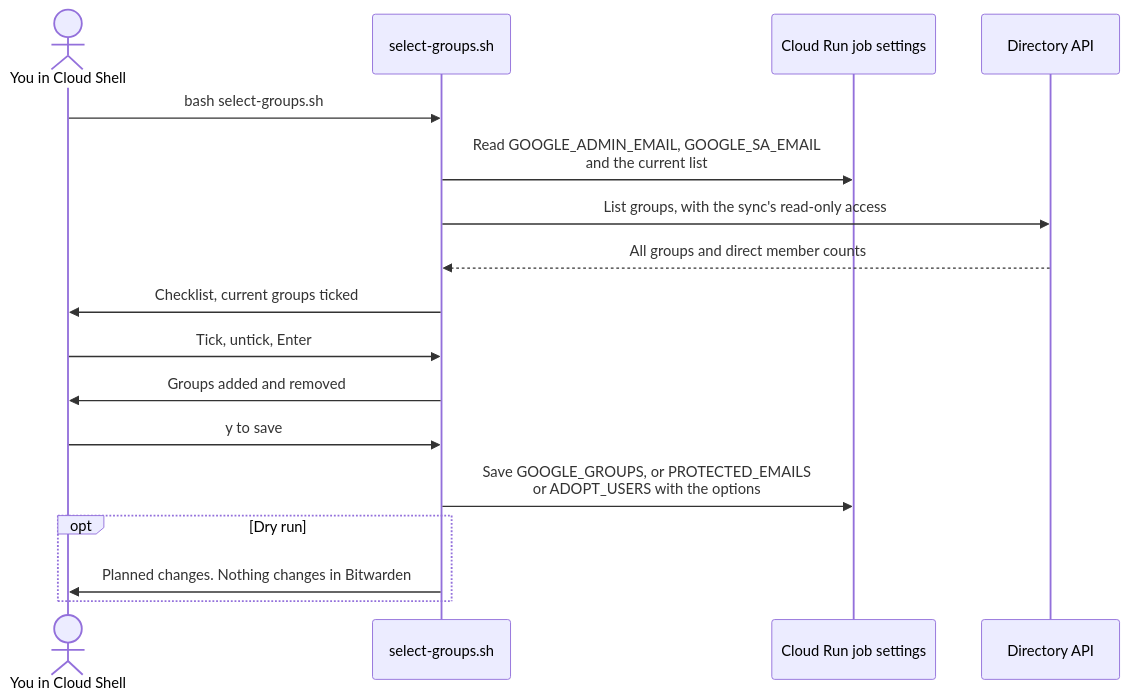
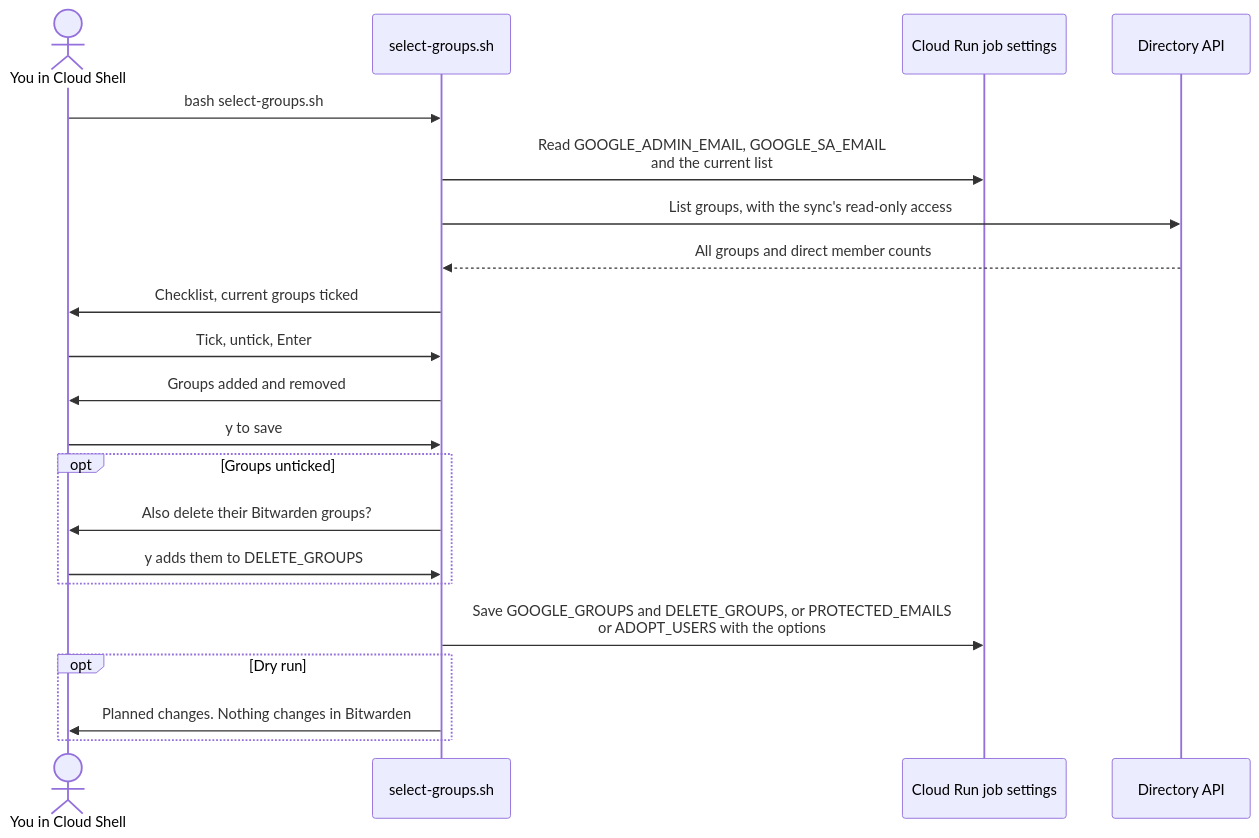
The fifth of 7 diagrams in docs/ARCHITECTURE.md (bitwarden-labs/bw-gws-scim-sync), drawn with Mermaid before and after one commit. The commit also changed other lines of this file and 12 other files, not shown here.

First line of the commit message:
Delete the Bitwarden group when you untick a Google group

````diff
--- a/docs/ARCHITECTURE.md
+++ b/docs/ARCHITECTURE.md
@@ -132,19 +132,23 @@
 ```mermaid
 sequenceDiagram
     actor A as You in Cloud Shell
     participant S as select-groups.sh
     participant R as Cloud Run job settings
     participant G as Directory API
     A->>S: bash select-groups.sh
     S->>R: Read GOOGLE_ADMIN_EMAIL, GOOGLE_SA_EMAIL<br/>and the current list
     S->>G: List groups, with the sync's read-only access
     G-->>S: All groups and direct member counts
     S->>A: Checklist, current groups ticked
     A->>S: Tick, untick, Enter
     S->>A: Groups added and removed
     A->>S: y to save
-    S->>R: Save GOOGLE_GROUPS, or PROTECTED_EMAILS<br/>or ADOPT_USERS with the options
+    opt Groups unticked
+        S->>A: Also delete their Bitwarden groups?
+        A->>S: y adds them to DELETE_GROUPS
+    end
+    S->>R: Save GOOGLE_GROUPS and DELETE_GROUPS, or PROTECTED_EMAILS<br/>or ADOPT_USERS with the options
     opt Dry run
         S->>A: Planned changes. Nothing changes in Bitwarden
     end
 ```
````
